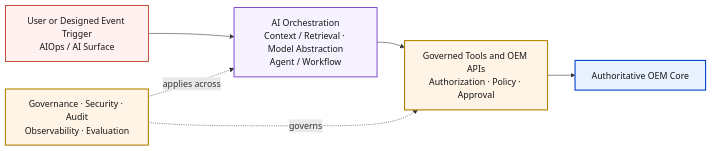
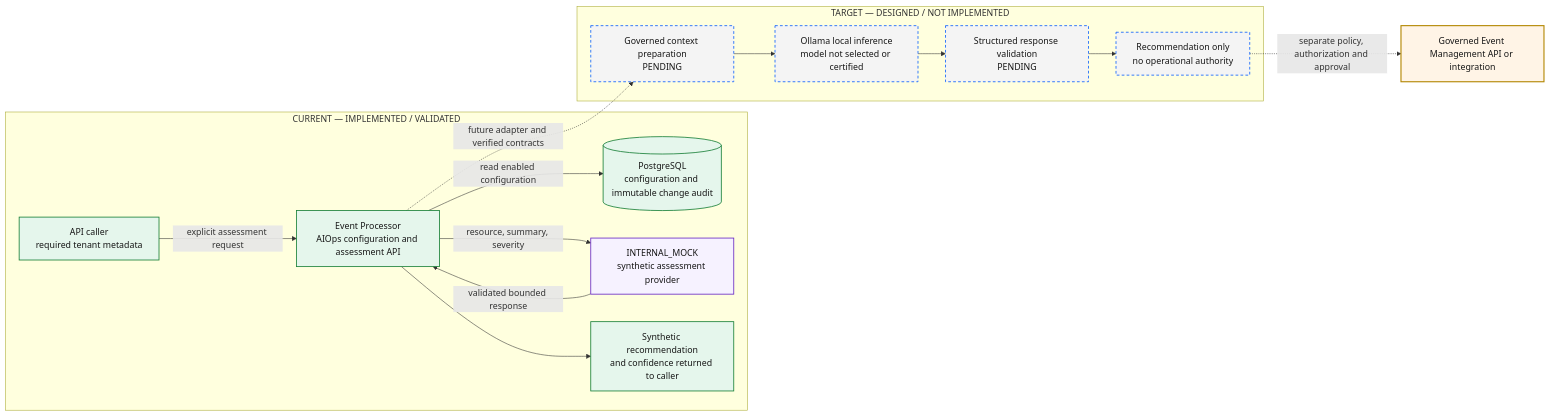
One commit to eventmgmtplatform/docs changed the first of 3 diagrams in docs/architecture/ai-01-aiops-ai-architecture.md. Above: the diagram before and after it, drawn with Mermaid. The commit also changed other lines of this file and 1 other file, not shown here.

Commit message:
docs(ai): correct AI-01 architecture boundaries

````diff
--- a/docs/architecture/ai-01-aiops-ai-architecture.md
+++ b/docs/architecture/ai-01-aiops-ai-architecture.md
@@ -15,21 +19,32 @@
 ```mermaid
 flowchart LR
-  SURFACE[User or Designed Event Trigger<br/>AIOps / AI Surface]
-  ORCH[AI Orchestration<br/>Context / Retrieval · Model Abstraction<br/>Agent / Workflow]
-  GOVERNED[Governed Tools and OEM APIs<br/>Authorization · Policy · Approval]
-  OEM[Authoritative OEM Core]
-  ASSURANCE[Governance · Security · Audit<br/>Observability · Evaluation]
-
-  SURFACE --> ORCH --> GOVERNED --> OEM
-  ASSURANCE -. applies across .-> ORCH
-  ASSURANCE -. governs .-> GOVERNED
-
-  classDef surface fill:#fff1ef,stroke:#b72c1a,color:#161616,stroke-width:1.5px;
-  classDef ai fill:#f6f2ff,stroke:#6929c4,color:#161616,stroke-width:1.5px;
-  classDef governance fill:#fff4e6,stroke:#b28600,color:#161616,stroke-width:2px;
-  classDef core fill:#e8f1ff,stroke:#0043ce,color:#161616,stroke-width:2px;
-  class SURFACE surface;
-  class ORCH ai;
-  class GOVERNED,ASSURANCE governance;
-  class OEM core;
+  subgraph CURRENT[CURRENT — IMPLEMENTED / VALIDATED]
+    CALLER[API caller<br/>required tenant metadata]
+    EP[Event Processor<br/>AIOps configuration and assessment API]
+    CONFIG[(PostgreSQL<br/>configuration and immutable change audit)]
+    MOCK[INTERNAL_MOCK<br/>synthetic assessment provider]
+    RESULT[Synthetic recommendation<br/>and confidence returned to caller]
+    CALLER -->|explicit assessment request| EP
+    EP -->|read enabled configuration| CONFIG
+    EP -->|resource, summary, severity| MOCK
+    MOCK -->|validated bounded response| EP
+    EP --> RESULT
+  end
+  subgraph TARGET[TARGET — DESIGNED / NOT IMPLEMENTED]
+    CONTEXT[Governed context preparation<br/>PENDING]
+    OLLAMA[Ollama local inference<br/>model not selected or certified]
+    VALIDATE[Structured response validation<br/>PENDING]
+    RECOMMEND[Recommendation only<br/>no operational authority]
+    CONTEXT --> OLLAMA --> VALIDATE --> RECOMMEND
+  end
+  EP -. future adapter and verified contracts .-> CONTEXT
+  RECOMMEND -. separate policy, authorization and approval .-> GOVERNED[Governed Event Management API or integration]
+  classDef current fill:#e5f6ec,stroke:#198038,color:#161616,stroke-width:1.5px;
+  classDef mock fill:#f6f2ff,stroke:#6929c4,color:#161616,stroke-width:1.5px;
+  classDef target fill:#f4f4f4,stroke:#0f62fe,color:#161616,stroke-width:1.5px,stroke-dasharray:5 4;
+  classDef gate fill:#fff4e6,stroke:#b28600,color:#161616,stroke-width:2px;
+  class CALLER,EP,CONFIG,RESULT current;
+  class MOCK mock;
+  class CONTEXT,OLLAMA,VALIDATE,RECOMMEND target;
+  class GOVERNED gate;
 ```
````
